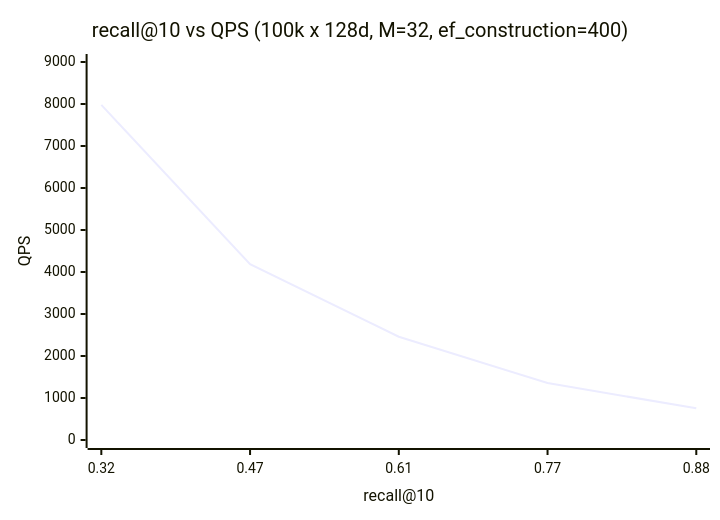
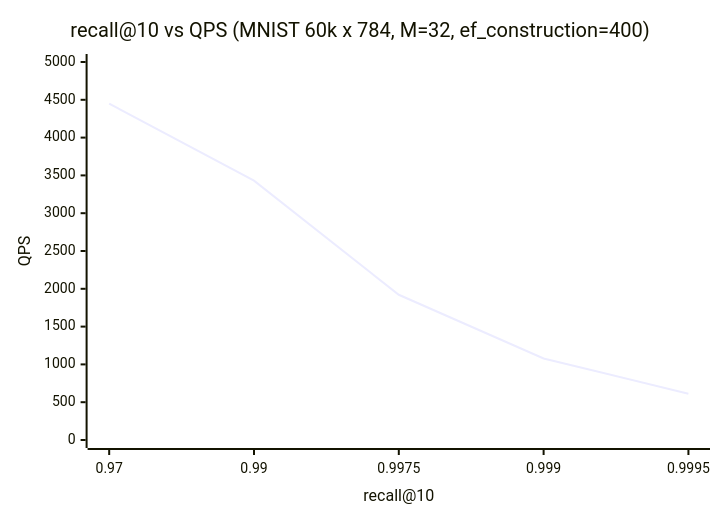
One commit to fsssb/LuminaStore changed the diagram in README.md. Above: the diagram before and after it, drawn with Mermaid. The commit also changed 9 other files, not shown here.

````diff
--- a/README.md
+++ b/README.md
@@ -60,7 +60,7 @@
 ```mermaid
 xychart-beta
-    title "recall@10 vs QPS (100k x 128d, M=32, ef_construction=400)"
-    x-axis "recall@10" [0.32, 0.47, 0.61, 0.77, 0.88]
-    y-axis "QPS" 0 --> 9000
-    line [7978, 4189, 2459, 1356, 755]
+    title "recall@10 vs QPS (MNIST 60k x 784, M=32, ef_construction=400)"
+    x-axis "recall@10" [0.97, 0.99, 0.9975, 0.999, 0.9995]
+    y-axis "QPS" 0 --> 5000
+    line [4449, 3430, 1921, 1079, 613]
 ```
````
